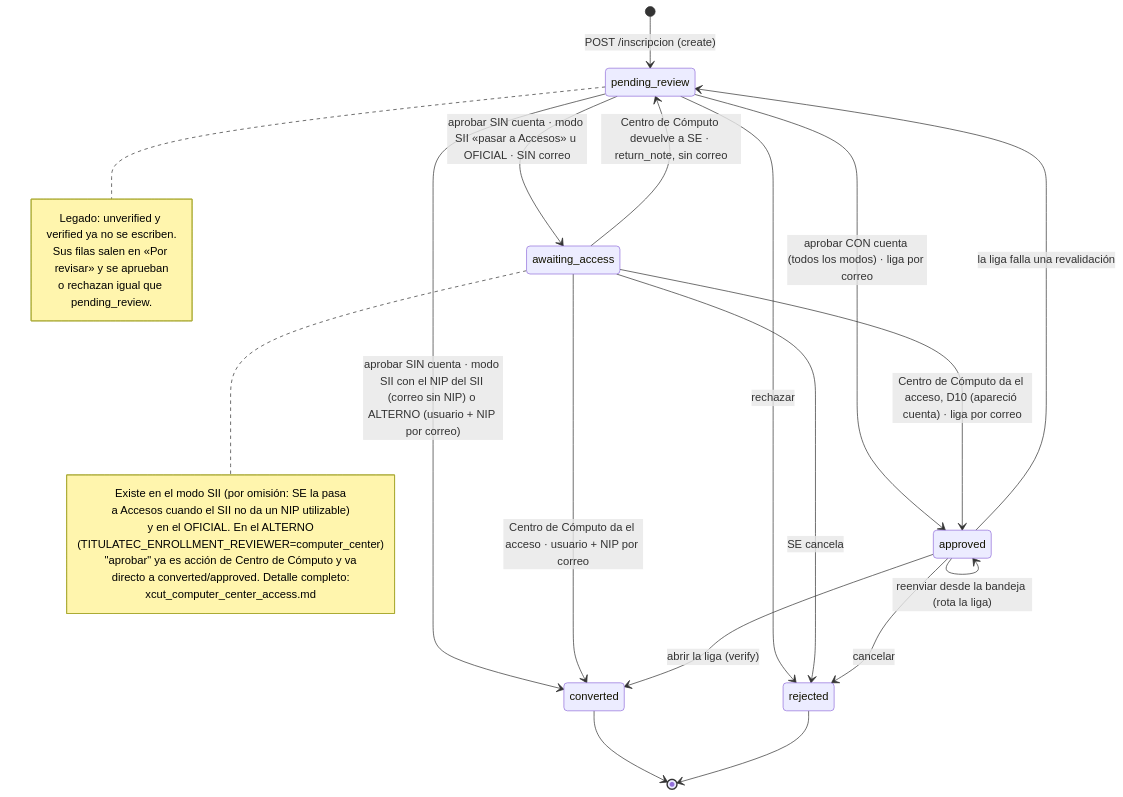
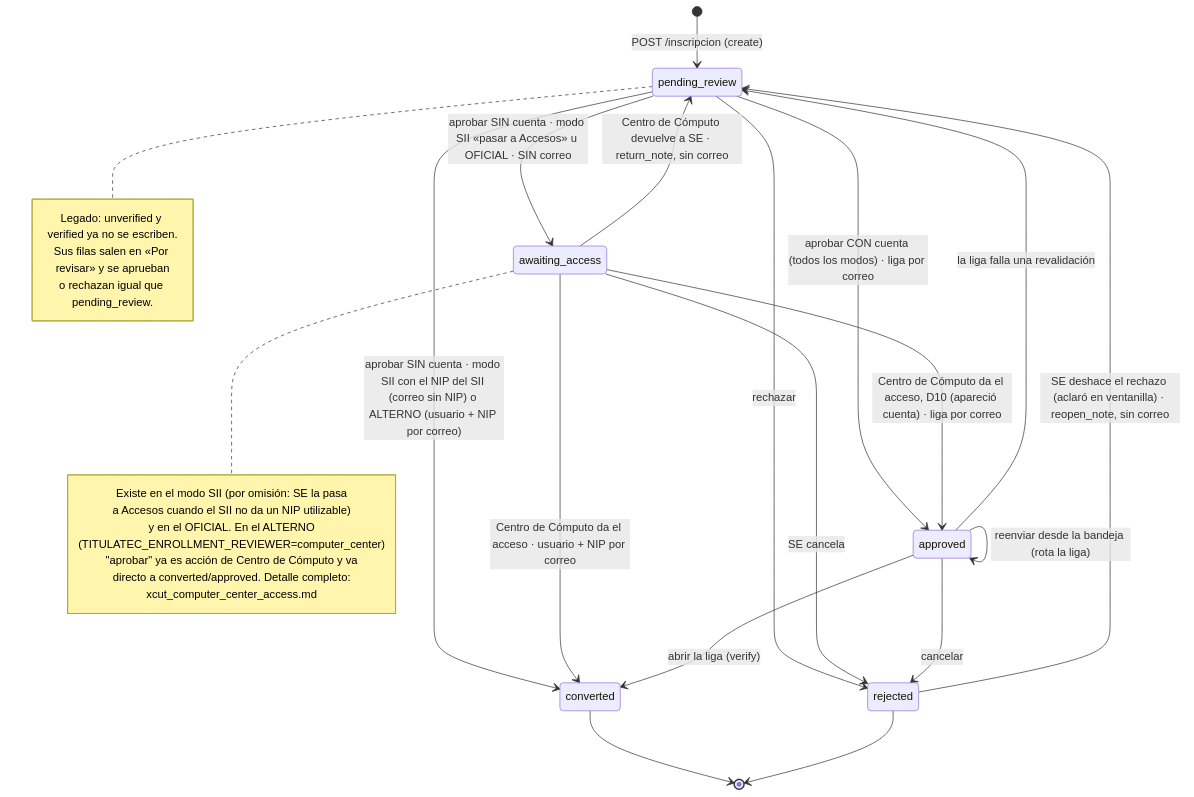
The first of 2 diagrams in itcj2/apps/titulatec/docs/flows/xcut_public_enrollment.md (Erne1357/itcj), drawn with Mermaid before and after one commit. The commit also changed other lines of this file and 9 other files, not shown here.

First line of the commit message:
feat(titulatec): Servicios Escolares deshace el rechazo de una solicitud

````diff
--- a/itcj2/apps/titulatec/docs/flows/xcut_public_enrollment.md
+++ b/itcj2/apps/titulatec/docs/flows/xcut_public_enrollment.md
@@ -161,32 +165,33 @@
 ```mermaid
 stateDiagram-v2
     [*] --> pending_review: POST /inscripcion (create)
     pending_review --> awaiting_access: aprobar SIN cuenta · modo SII «pasar a Accesos» u OFICIAL · SIN correo
     pending_review --> converted: aprobar SIN cuenta · modo SII con el NIP del SII (correo sin NIP) o ALTERNO (usuario + NIP por correo)
     pending_review --> approved: aprobar CON cuenta (todos los modos) · liga por correo
     awaiting_access --> converted: Centro de Cómputo da el acceso · usuario + NIP por correo
     awaiting_access --> approved: Centro de Cómputo da el acceso, D10 (apareció cuenta) · liga por correo
     awaiting_access --> pending_review: Centro de Cómputo devuelve a SE · return_note, sin correo
     approved --> converted: abrir la liga (verify)
     approved --> pending_review: la liga falla una revalidación
     approved --> approved: reenviar desde la bandeja (rota la liga)
     pending_review --> rejected: rechazar
     awaiting_access --> rejected: SE cancela
     approved --> rejected: cancelar
+    rejected --> pending_review: SE deshace el rechazo (aclaró en ventanilla) · reopen_note, sin correo
     converted --> [*]
     rejected --> [*]
     note right of pending_review
         Legado: unverified y verified ya no se escriben.
         Sus filas salen en «Por revisar» y se aprueban
         o rechazan igual que pending_review.
     end note
     note right of awaiting_access
         Existe en el modo SII (por omisión: SE la pasa
         a Accesos cuando el SII no da un NIP utilizable)
         y en el OFICIAL. En el ALTERNO
         (TITULATEC_ENROLLMENT_REVIEWER=computer_center)
         "aprobar" ya es acción de Centro de Cómputo y va
         directo a converted/approved. Detalle completo:
         xcut_computer_center_access.md
     end note
 ```
````
